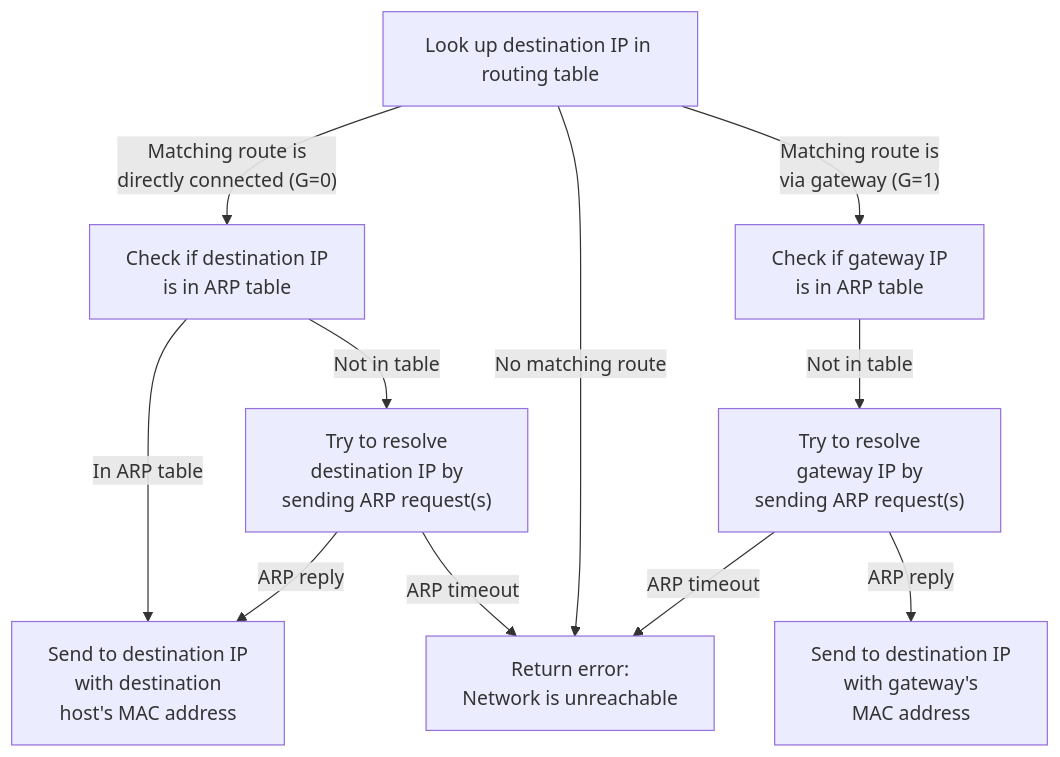
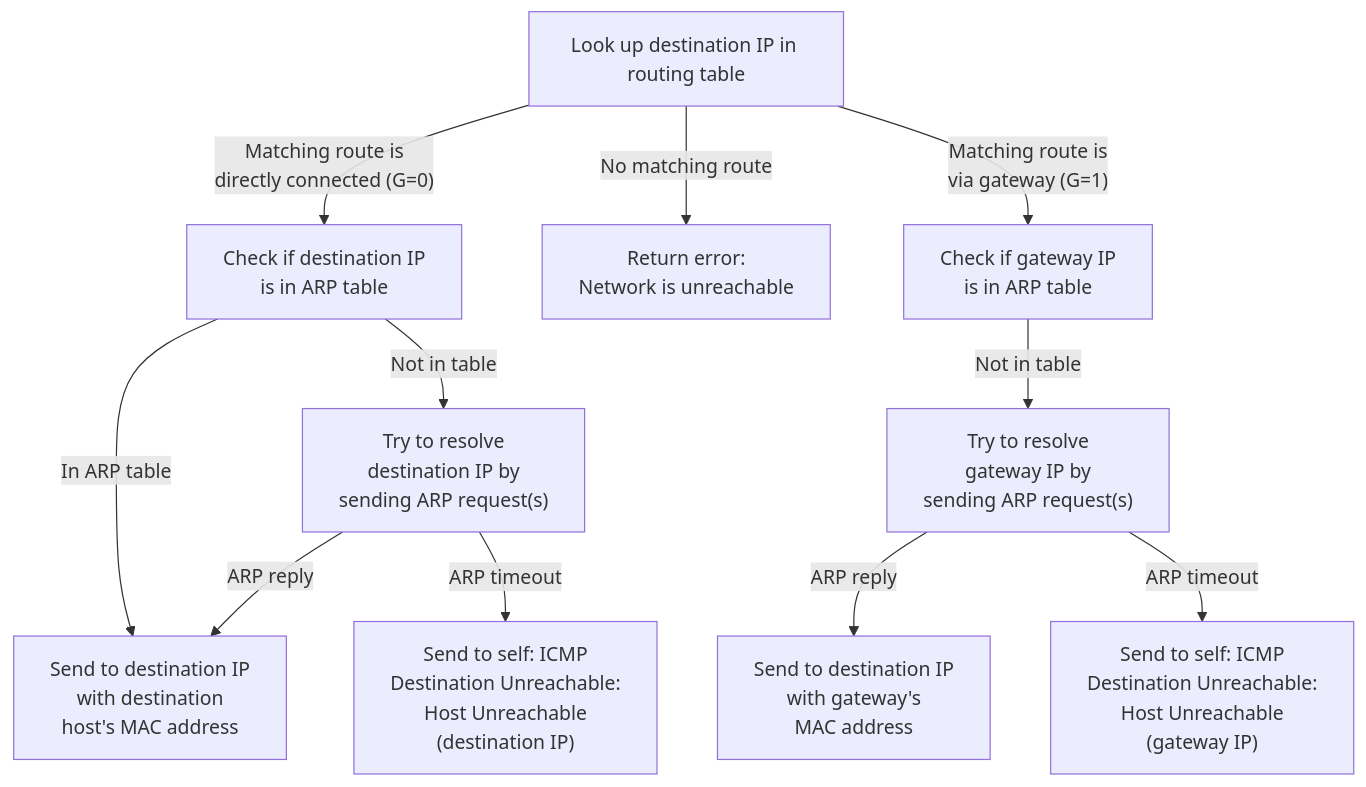
The diagram in lab3/3-arp-route.md (ffund/tcp-ip-essentials), drawn with Mermaid before and after one commit.

Commit message:
Update diagram

````diff
--- a/lab3/3-arp-route.md
+++ b/lab3/3-arp-route.md
@@ -3,15 +3,14 @@
 ```mermaid
 graph TD
     A["Look up destination IP in routing table"] 
     A -->|"Matching route is<br/>directly connected (G=0)"| B["Check if destination IP<br/> is in ARP table"]
+    A -->|"No matching route"| D["Return error:<br/> Network is unreachable"]
     A -->|"Matching route is<br/>via gateway (G=1)"| C["Check if gateway IP<br/> is in ARP table"]
     B -->|"In ARP table"| F["Send to destination IP<br/> with destination <br/>host's MAC address"]
     B -->|"Not in table"| E["Try to resolve<br/> destination IP by<br/> sending ARP request(s)"]
     E -->|"ARP reply"|F
-    E -->|"ARP timeout"|D
+    E -->|"ARP timeout"|I["Send to self: ICMP <br/>Destination Unreachable:<br/> Host Unreachable<br/> (destination IP)"]
     C -->|"Not in table"| G["Try to resolve<br/> gateway IP by<br/> sending ARP request(s)"]
-    A -->|"No matching route"| D["Return error:<br/> Network is unreachable"]
-
     G -->|"ARP reply"|H["Send to destination IP<br/> with gateway's<br/> MAC address"]
-    G -->|"ARP timeout"|D
+    G -->|"ARP timeout"|J["Send to self: ICMP <br/>Destination Unreachable:<br/> Host Unreachable<br/> (gateway IP)"]
 ```
````
